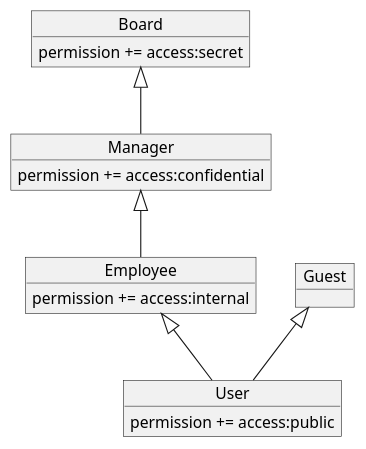
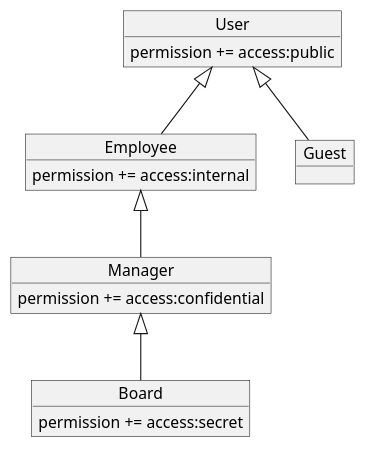
The diagram in opa-demos/opa-demo-playground-complex/readme.md (jugsaar/jugsaar-58-opa-for-java), drawn with PlantUML before and after one commit.

Commit message:
Fix role inheritance diagram

````diff
--- a/opa-demos/opa-demo-playground-complex/readme.md
+++ b/opa-demos/opa-demo-playground-complex/readme.md
@@ -12,22 +12,22 @@
 ```plantuml
 @startuml
 object Board {
  permission += access:secret
 }
 object Manager {
  permission += access:confidential
 }
 object Employee {
  permission += access:internal
 }
 object Guest 
 object User {
  permission += access:public
 }
 
-Board <|-- Manager
-Manager <|-- Employee
-Employee <|-- User
-Guest <|-- User
+Manager <|-- Board
+Employee <|-- Manager
+User <|-- Employee
+User <|-- Guest
 @enduml
 ```
````
